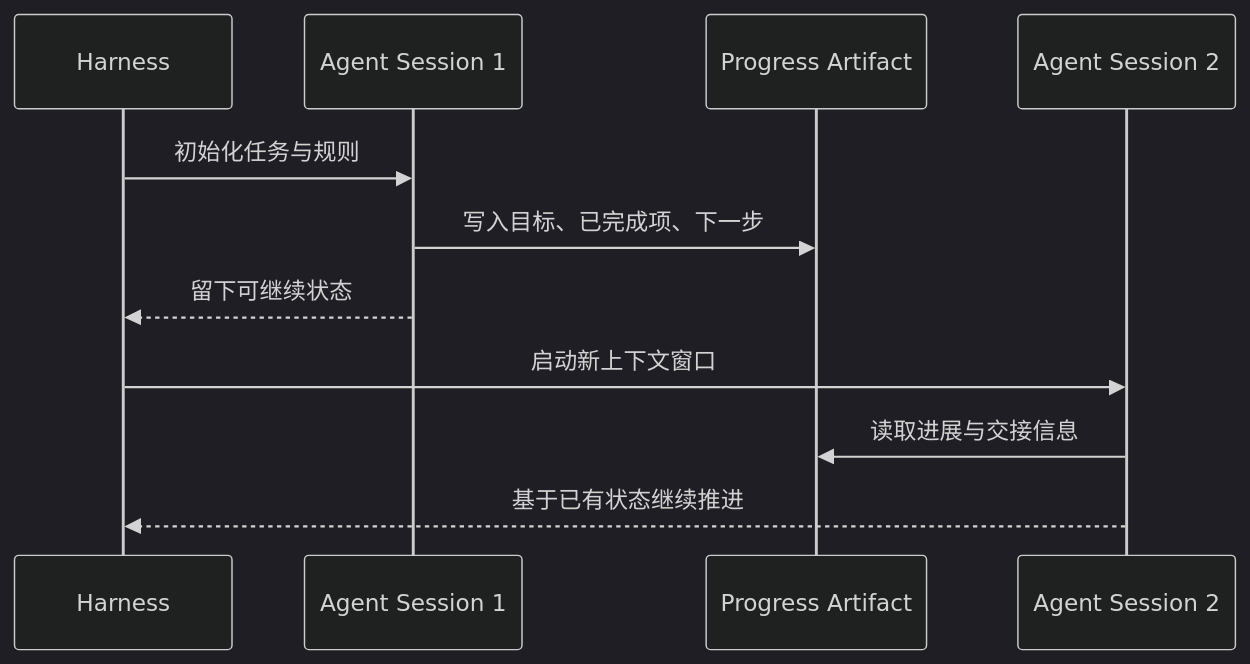
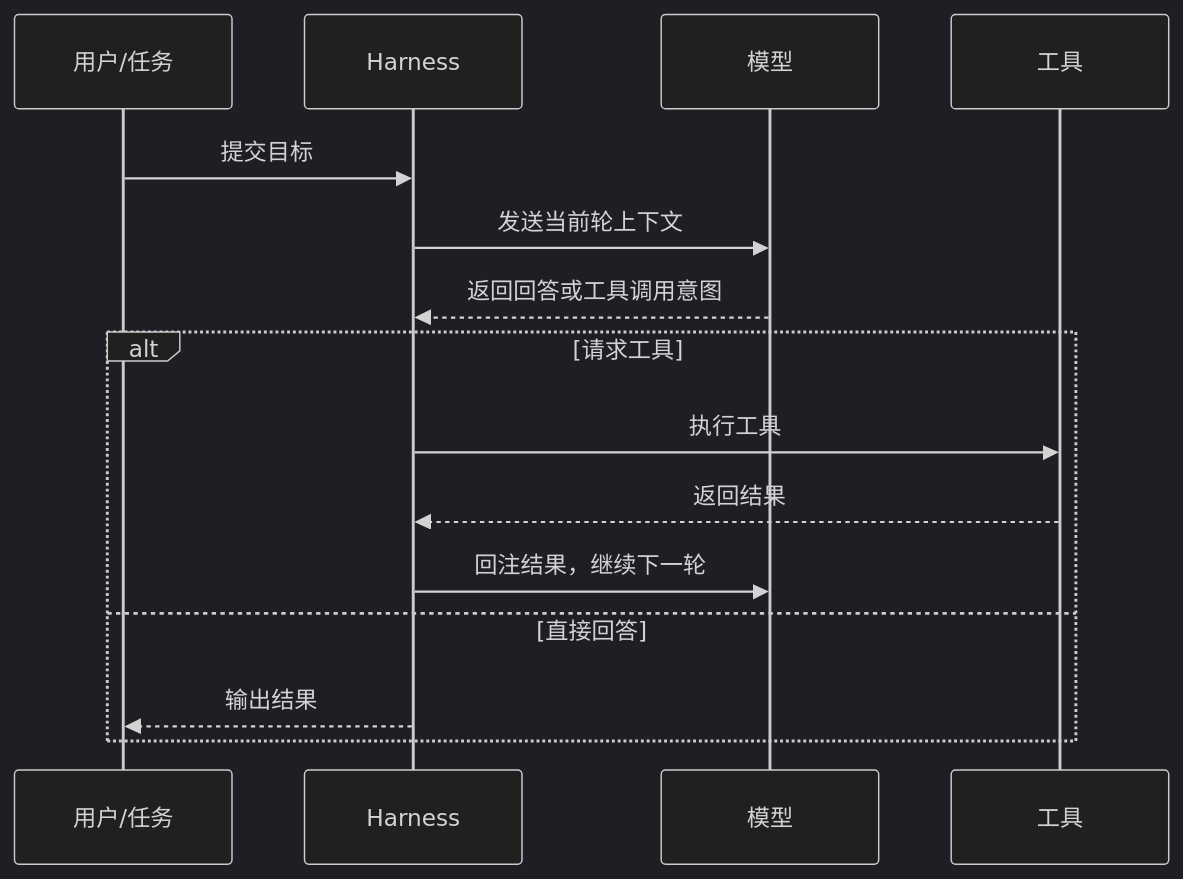
Before and after one commit to xiaoqianbaobao/ai-guide: the third of 6 diagrams in docs/05-tools-frameworks/harness-design.md, drawn with Mermaid (dark theme). The commit also changed other lines of this file and 2 other files, not shown here.

````diff
--- a/docs/05-tools-frameworks/harness-design.md
+++ b/docs/05-tools-frameworks/harness-design.md
@@ -202,14 +153,18 @@
 ```mermaid
 sequenceDiagram
+    participant U as 用户/任务
     participant H as Harness
-    participant A1 as Agent Session 1
-    participant P as Progress Artifact
-    participant A2 as Agent Session 2
+    participant M as 模型
+    participant T as 工具
 
-    H->>A1: 初始化任务与规则
-    A1->>P: 写入目标、已完成项、下一步
-    A1-->>H: 留下可继续状态
-    H->>A2: 启动新上下文窗口
-    A2->>P: 读取进展与交接信息
-    A2-->>H: 基于已有状态继续推进
+    U->>H: 提交目标
+    H->>M: 发送当前轮上下文
+    M-->>H: 返回回答或工具调用意图
+    alt 请求工具
+        H->>T: 执行工具
+        T-->>H: 返回结果
+        H->>M: 回注结果，继续下一轮
+    else 直接回答
+        H-->>U: 输出结果
+    end
 ```
````
